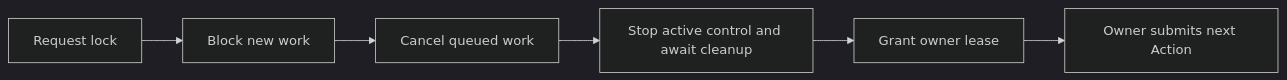
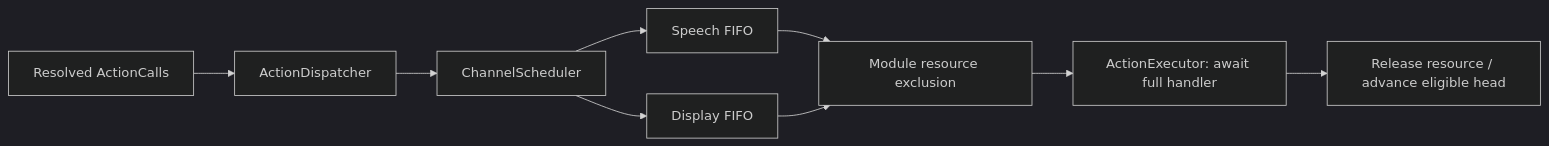
Before and after one commit to devilyouwei/MobileHarness: the fourth of 5 diagrams in MobileHarness/README.md, drawn with Mermaid (dark theme). The commit also changed other lines of this file and 53 other files, not shown here.

````diff
--- a/MobileHarness/README.md
+++ b/MobileHarness/README.md
@@ -674,8 +429,11 @@
 ```mermaid
 flowchart LR
-    Request[Request lock] --> Gate[Block new work]
-    Gate --> Cancel[Cancel queued work]
-    Cancel --> Stop[Stop active control and await cleanup]
-    Stop --> Grant[Grant owner lease]
-    Grant --> Next[Owner submits next Action]
+    Calls[Resolved ActionCalls] --> Dispatch[ActionDispatcher]
+    Dispatch --> Scheduler[ChannelScheduler]
+    Scheduler --> Speech[Speech FIFO]
+    Scheduler --> Display[Display FIFO]
+    Speech --> Gate[Module resource exclusion]
+    Display --> Gate
+    Gate --> Execute[ActionExecutor: await full handler]
+    Execute --> Next[Release resource / advance eligible head]
 ```
````
